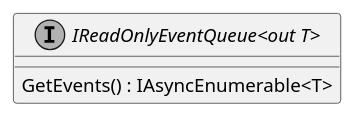
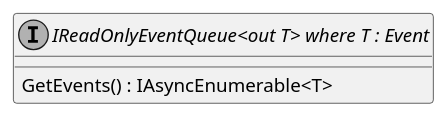
The diagram in documents/sd/plantuml/application/Common/Shared/Events/Queue/IReadOnlyEventQueue.puml (insightmind/MORR), drawn with PlantUML before and after one commit. The commit also changed 85 other files, not shown here.

Commit message:
Added diagrams for Core and Shared

```diff
--- a/documents/sd/plantuml/application/Common/Shared/Events/Queue/IReadOnlyEventQueue.puml
+++ b/documents/sd/plantuml/application/Common/Shared/Events/Queue/IReadOnlyEventQueue.puml
@@ -1,8 +1,8 @@
 @startuml
 skinparam monochrome true
 skinparam classAttributeIconSize 0
 
-interface "IReadOnlyEventQueue<out T>" {
+interface "IReadOnlyEventQueue<out T> where T : Event" {
     GetEvents() : IAsyncEnumerable<T>
 }
 @enduml
```
